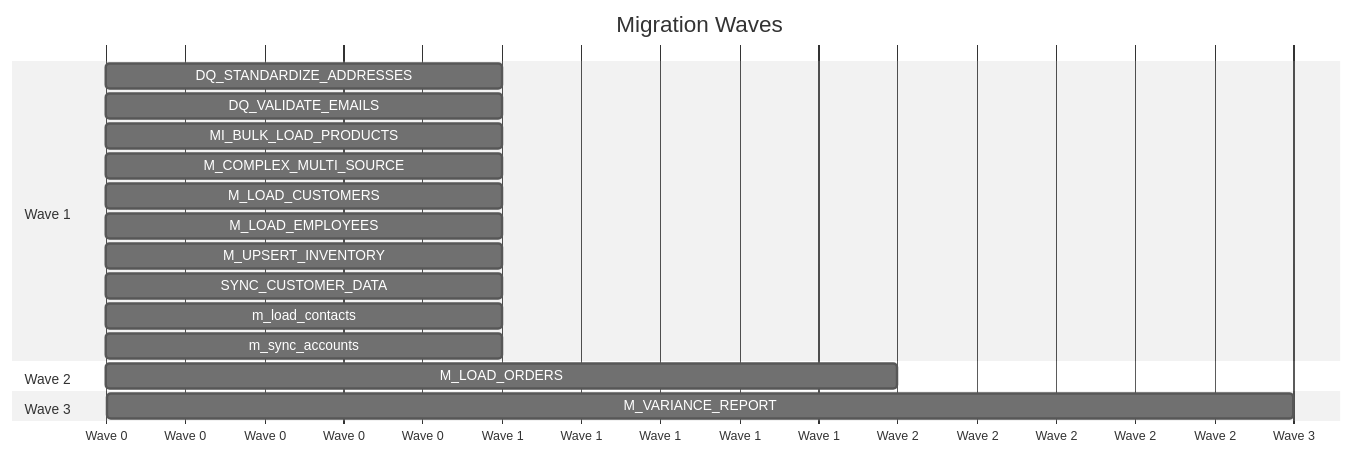
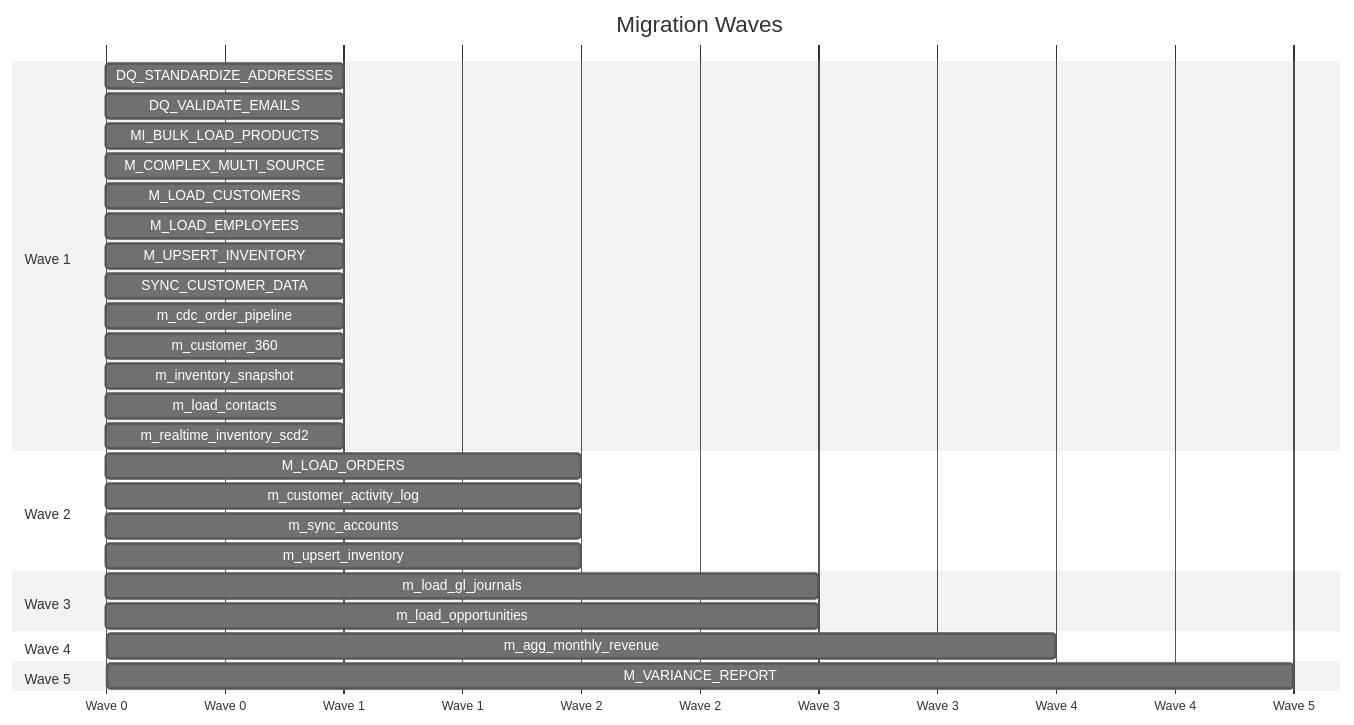
The diagram in output/inventory/wave_plan.md (cyphou/InformaticaToFabric), drawn with Mermaid (neutral theme) before and after one commit. The commit also changed other lines of this file and 170 other files, not shown here.

````diff
--- a/output/inventory/wave_plan.md
+++ b/output/inventory/wave_plan.md
@@ -41,21 +60,32 @@
 ```mermaid
 gantt
     title Migration Waves
     dateFormat X
     axisFormat Wave %s
     section Wave 1
     DQ_STANDARDIZE_ADDRESSES : 0, 1
     DQ_VALIDATE_EMAILS : 0, 1
     MI_BULK_LOAD_PRODUCTS : 0, 1
     M_COMPLEX_MULTI_SOURCE : 0, 1
     M_LOAD_CUSTOMERS : 0, 1
     M_LOAD_EMPLOYEES : 0, 1
     M_UPSERT_INVENTORY : 0, 1
     SYNC_CUSTOMER_DATA : 0, 1
+    m_cdc_order_pipeline : 0, 1
+    m_customer_360 : 0, 1
+    m_inventory_snapshot : 0, 1
     m_load_contacts : 0, 1
-    m_sync_accounts : 0, 1
+    m_realtime_inventory_scd2 : 0, 1
     section Wave 2
     M_LOAD_ORDERS : 1, 2
+    m_customer_activity_log : 1, 2
+    m_sync_accounts : 1, 2
+    m_upsert_inventory : 1, 2
     section Wave 3
-    M_VARIANCE_REPORT : 2, 3
+    m_load_gl_journals : 2, 3
+    m_load_opportunities : 2, 3
+    section Wave 4
+    m_agg_monthly_revenue : 3, 4
+    section Wave 5
+    M_VARIANCE_REPORT : 4, 5
 ```
````
